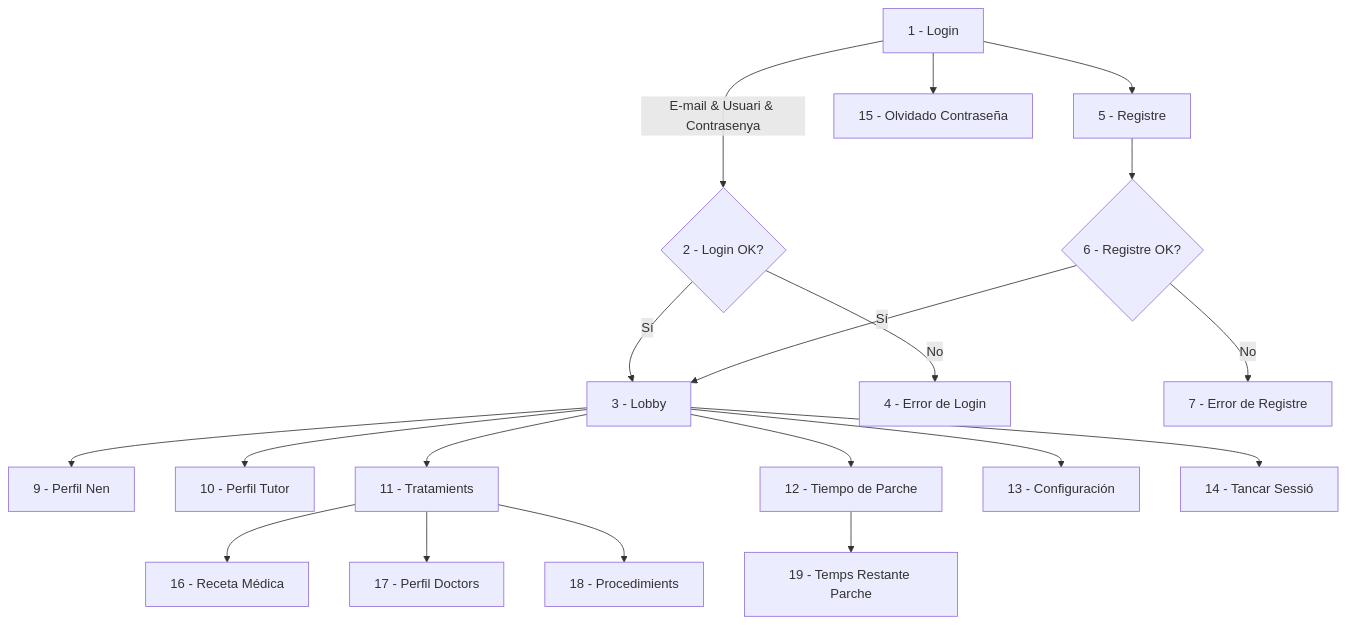
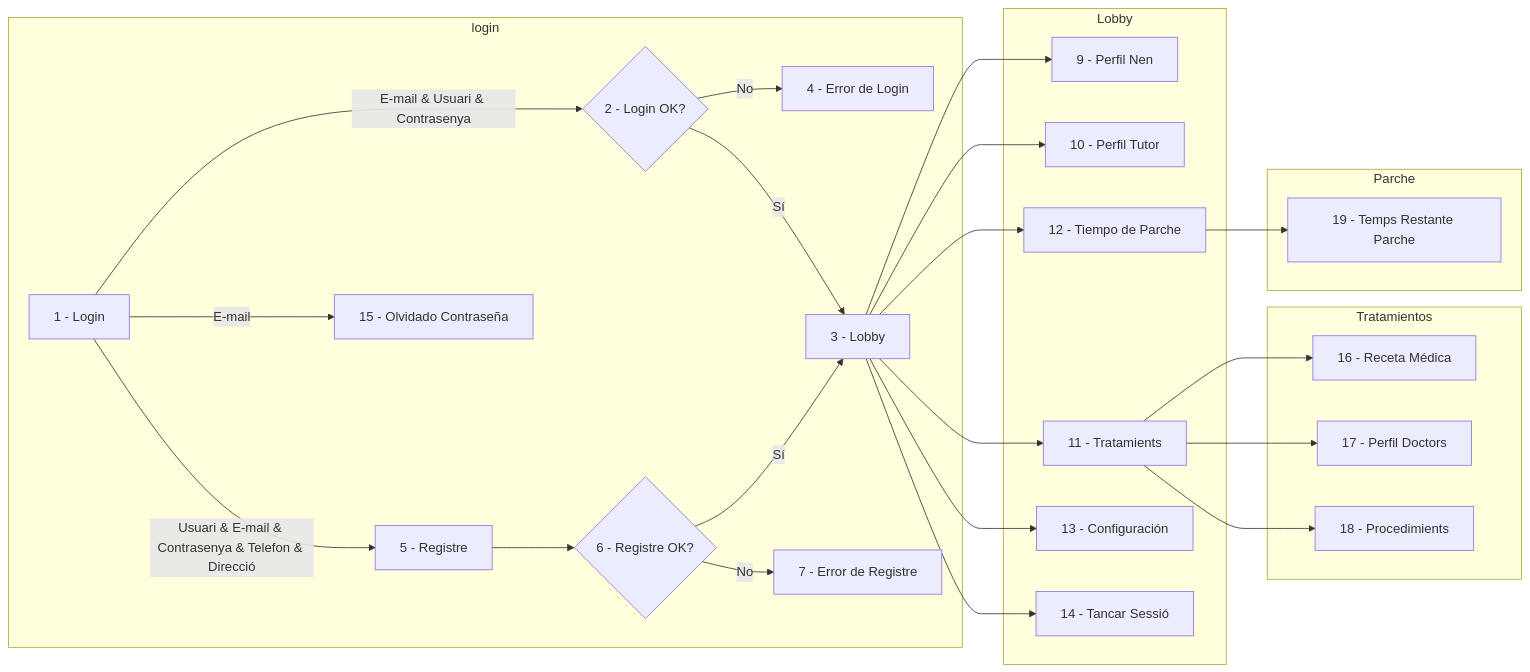
Before and after one commit to atlas-74/tapatapp: the diagram in charts/DiagramaFluxeWireframe.mermaid, drawn with Mermaid.

```diff
--- a/charts/DiagramaFluxeWireframe.mermaid
+++ b/charts/DiagramaFluxeWireframe.mermaid
@@ -1,21 +1,30 @@
-flowchart TD
-    A[1 - Login] -->|E-mail & Usuari & Contrasenya| B{2 - Login OK?}
-    B -- Sí --> C[3 - Lobby]
-    B -- No --> D[4 - Error de Login]
-    A --> E[5 - Registre]
-    E --> F{6 - Registre OK?}
-    F -- Sí --> C
-    F -- No --> G[7 - Error de Registre]
-    C --> H[9 - Perfil Nen]
-    C --> I[10 - Perfil Tutor]
-    C --> J[11 - Tratamients]
-    C --> K[12 - Tiempo de Parche]
-    C --> L[13 - Configuración]
-    C --> M[14 - Tancar Sessió]
-    A --> N[15 - Olvidado Contraseña]
-    
-    J --> O[16 - Receta Médica]
-    J --> P[17 - Perfil Doctors]
-    J --> Q[18 - Procedimients]
+flowchart LR
+    subgraph login
+        A[1 - Login] -->|E-mail & Usuari & Contrasenya| B{2 - Login OK?}
+        B -- No --> D[4 - Error de Login]
+        B -- Sí --> C[3 - Lobby]
+        A --> |Usuari & E-mail & Contrasenya & Telefon & Direcció| E[5 - Registre]
+        E --> F{6 - Registre OK?}
+        F -- Sí --> C
+        F -- No --> G[7 - Error de Registre]
+        A --> |E-mail| N[15 - Olvidado Contraseña]
+    end
 
-    K --> R[19 - Temps Restante Parche]
+    subgraph Lobby
+        C --> H[9 - Perfil Nen]
+        C --> I[10 - Perfil Tutor]
+        C --> J[11 - Tratamients]
+        C --> K[12 - Tiempo de Parche]
+        C --> L[13 - Configuración]
+        C --> M[14 - Tancar Sessió]
+    end
+
+    subgraph Tratamientos
+        J --> O[16 - Receta Médica]
+        J --> P[17 - Perfil Doctors]
+        J --> Q[18 - Procedimients]
+    end
+
+    subgraph Parche
+        K --> R[19 - Temps Restante Parche]
+    end
```
